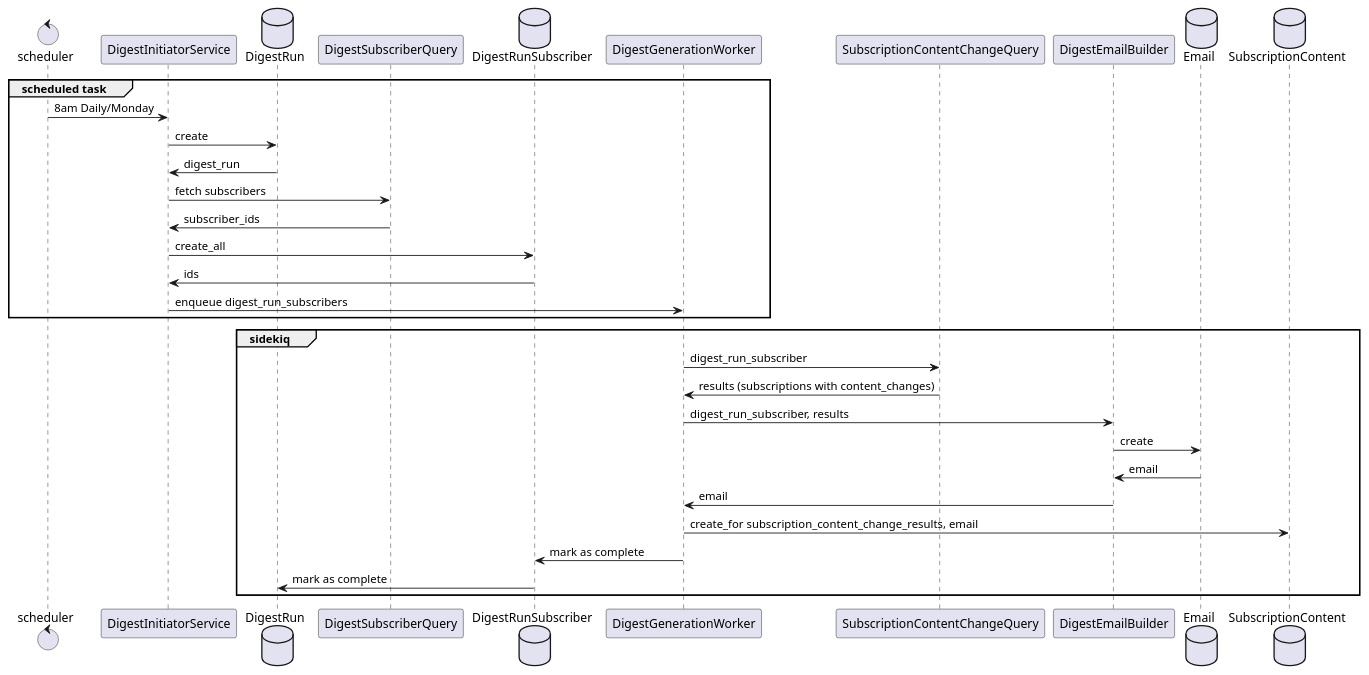
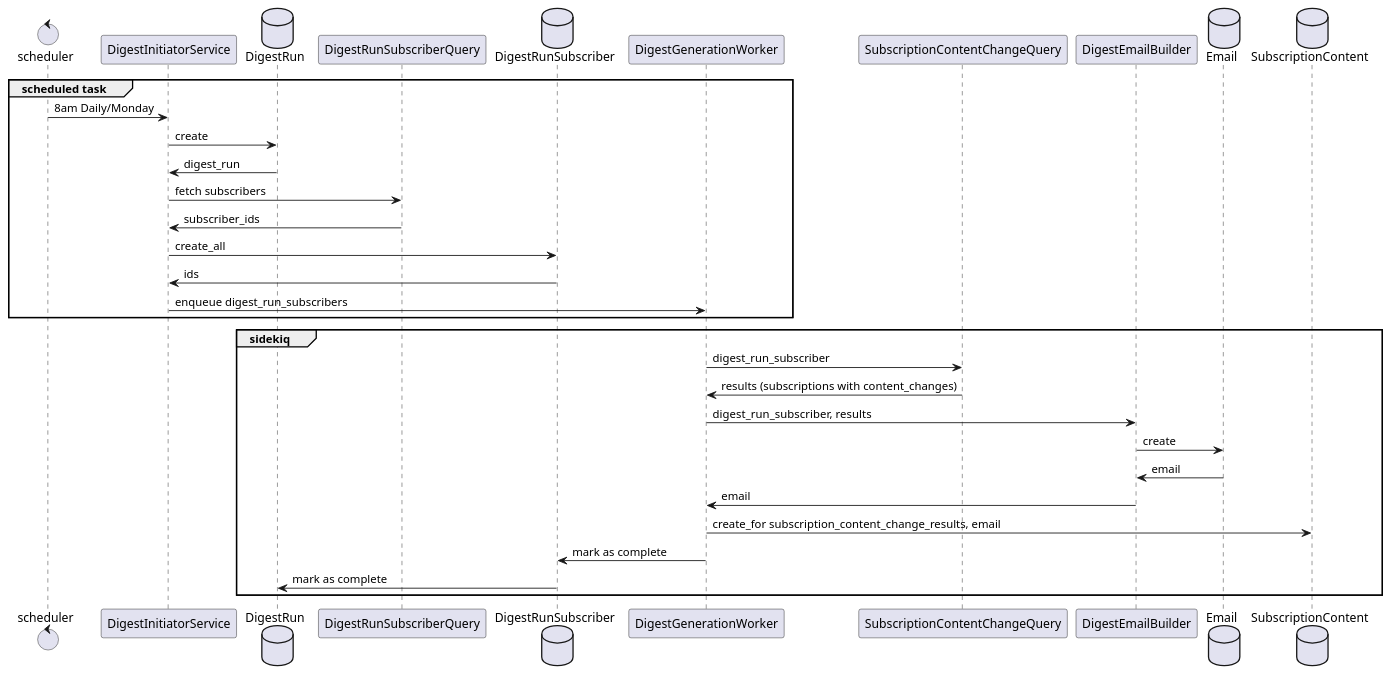
One commit to alphagov/email-alert-api changed the diagram in doc/digests.puml. Above: the diagram before and after it, drawn with PlantUML. The commit also changed 2 other files, not shown here.

Commit message:
Update docs to show DigestRunSubscriberQuery
Offering to the documentation gods. Keep 'em happy.

```diff
--- a/doc/digests.puml
+++ b/doc/digests.puml
@@ -1,35 +1,35 @@
 @startuml
 control scheduler
 participant digest_initiator_service as "DigestInitiatorService"
 database digest_run as "DigestRun"
-participant digest_subscriber_query as "DigestSubscriberQuery"
+participant digest_subscriber_query as "DigestRunSubscriberQuery"
 database digest_run_subscriber as "DigestRunSubscriber"
 participant digest_generation_worker as "DigestGenerationWorker"
 participant subscription_content_change_query as "SubscriptionContentChangeQuery"
 participant digest_email_builder as "DigestEmailBuilder"
 database email as "Email"
 database subscription_content as "SubscriptionContent"
 
 group scheduled task
   scheduler -> digest_initiator_service : 8am Daily/Monday
   digest_initiator_service -> digest_run : create
   digest_run -> digest_initiator_service : digest_run
   digest_initiator_service -> digest_subscriber_query : fetch subscribers
   digest_subscriber_query -> digest_initiator_service : subscriber_ids
   digest_initiator_service -> digest_run_subscriber : create_all
   digest_run_subscriber -> digest_initiator_service : ids
   digest_initiator_service -> digest_generation_worker : enqueue digest_run_subscribers
 end
 
 group sidekiq
   digest_generation_worker -> subscription_content_change_query : digest_run_subscriber
   subscription_content_change_query -> digest_generation_worker : results (subscriptions with content_changes)
   digest_generation_worker -> digest_email_builder : digest_run_subscriber, results
   digest_email_builder -> email : create
   email -> digest_email_builder : email
   digest_email_builder -> digest_generation_worker : email
   digest_generation_worker -> subscription_content : create_for subscription_content_change_results, email
   digest_generation_worker -> digest_run_subscriber : mark as complete
   digest_run_subscriber -> digest_run : mark as complete
 end
 @enduml
```
